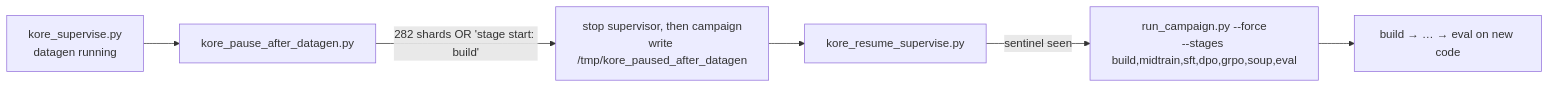
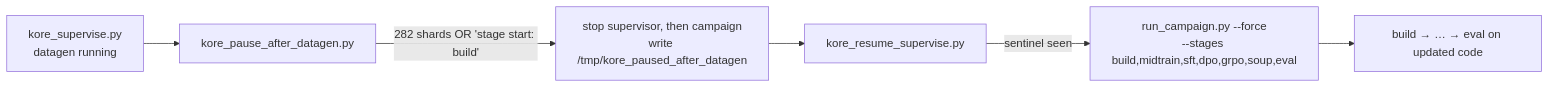
The second of 2 diagrams in scripts/README.md (amd-shasriva/KORE), drawn with Mermaid before and after one commit. The commit also changed other lines of this file and 23 other files, not shown here.

````diff
--- a/scripts/README.md
+++ b/scripts/README.md
@@ -109,8 +137,8 @@
 ```mermaid
 flowchart LR
   SUP[kore_supervise.py<br/>datagen running] --> PAUSE[kore_pause_after_datagen.py]
   PAUSE -->|"282 shards OR 'stage start: build'"| STOP["stop supervisor, then campaign<br/>write /tmp/kore_paused_after_datagen"]
   STOP --> RES[kore_resume_supervise.py]
   RES -->|sentinel seen| RELAUNCH["run_campaign.py --force<br/>--stages build,midtrain,sft,dpo,grpo,soup,eval"]
-  RELAUNCH --> EVAL[build → … → eval on new code]
+  RELAUNCH --> EVAL[build → … → eval on updated code]
 ```
````
